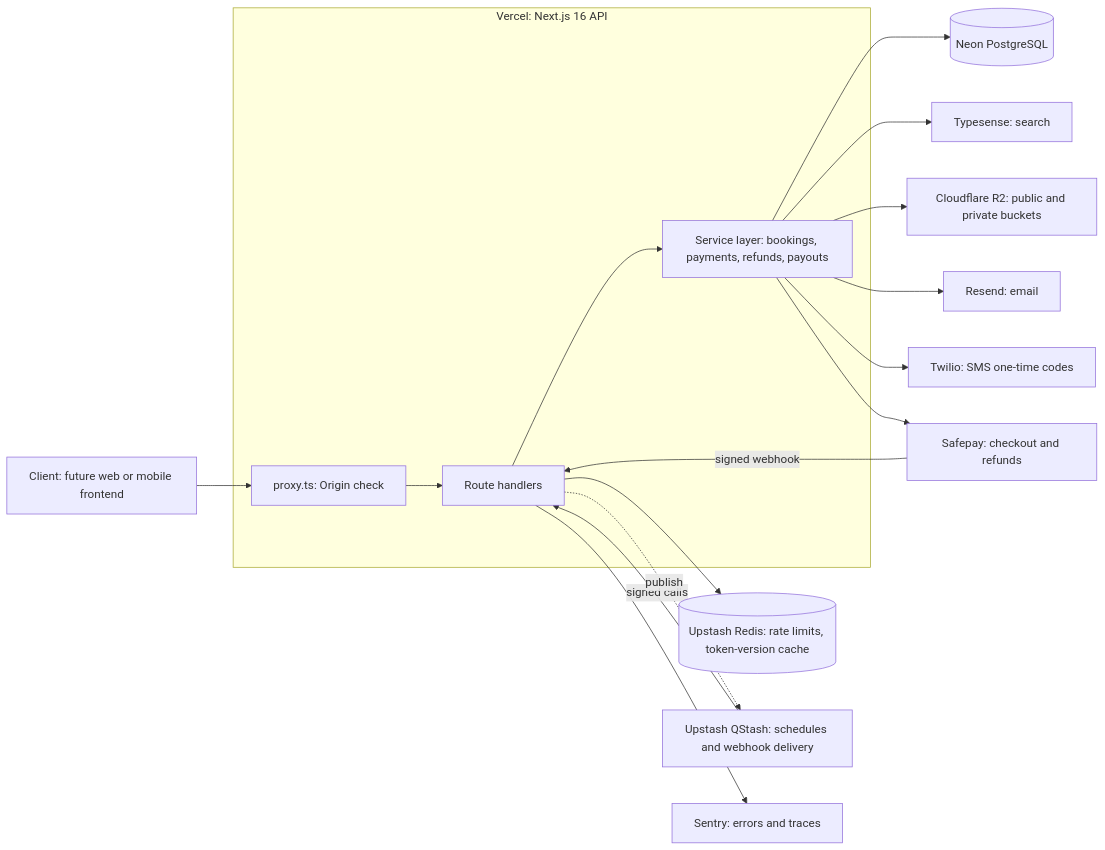
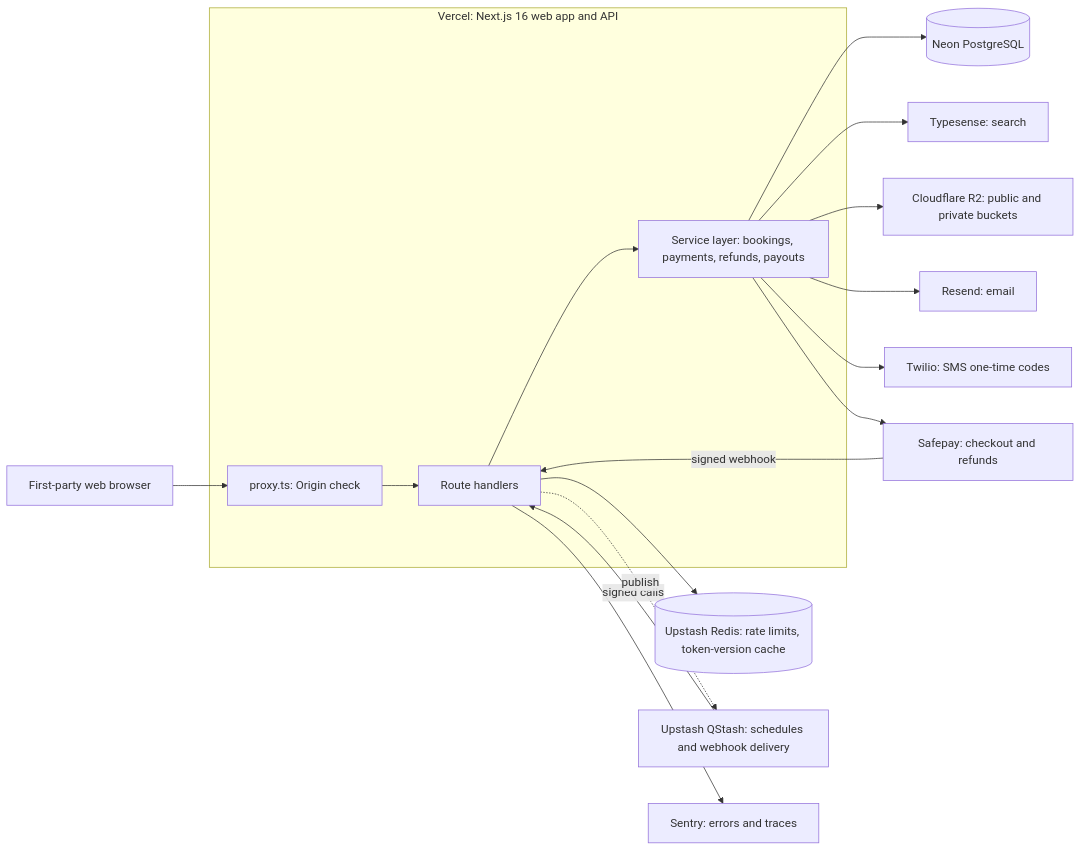
Before and after one commit to absangi00911-beep/hostello: the first of 8 diagrams in SYSTEM.md, drawn with Mermaid. The commit also changed other lines of this file and 7 other files, not shown here.

````diff
--- a/SYSTEM.md
+++ b/SYSTEM.md
@@ -124,21 +125,21 @@
 ```mermaid
 flowchart LR
-  client["Client: future web or mobile frontend"]
-  subgraph vercel["Vercel: Next.js 16 API"]
+  client["First-party web browser"]
+  subgraph vercel["Vercel: Next.js 16 web app and API"]
     proxy["proxy.ts: Origin check"]
     routes["Route handlers"]
     services["Service layer: bookings, payments, refunds, payouts"]
   end
   client --> proxy --> routes --> services
   services --> neon[("Neon PostgreSQL")]
   routes --> redis[("Upstash Redis: rate limits, token-version cache")]
   services --> typesense["Typesense: search"]
   services --> r2["Cloudflare R2: public and private buckets"]
   services --> resend["Resend: email"]
   services --> twilio["Twilio: SMS one-time codes"]
   services --> safepay["Safepay: checkout and refunds"]
   safepay -- "signed webhook" --> routes
   qstash["Upstash QStash: schedules and webhook delivery"] -- "signed calls" --> routes
   routes -. "publish" .-> qstash
   routes --> sentry["Sentry: errors and traces"]
 ```
````
